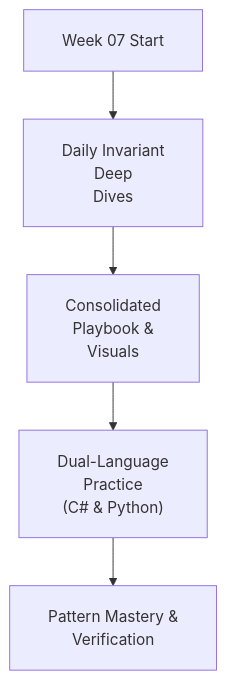
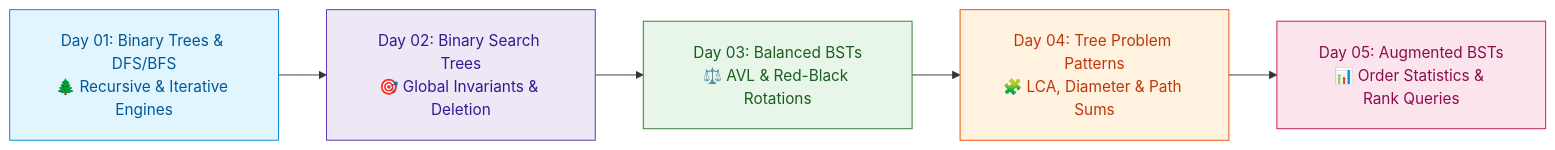
Before and after one commit to dip4k/DSA_102: the diagram in week_07_trees_and_balanced_search_trees/README.md, drawn with Mermaid. The commit also changed other lines of this file and 147 other files, not shown here.

First line of the commit message:
feat(curriculum): enrich Weeks 01-19 instructional modules & resolve repository-wide Mermaid cutoff

````diff
--- a/week_07_trees_and_balanced_search_trees/README.md
+++ b/week_07_trees_and_balanced_search_trees/README.md
@@ -16,8 +13,14 @@
 ```mermaid
 %%{init: {"flowchart": {"htmlLabels": true, "padding": 20}, "themeCSS": "foreignObject { overflow: visible !important; }"}}%%
-flowchart TD
-    Start["Week 07 Start"] --> Daily["Daily Invariant<br/>Deep<br/>Dives"]
-    Daily --> Playbook["Consolidated<br/>Playbook &<br/>Visuals"]
-    Playbook --> DualLang["Dual-Language<br/>Practice<br/>(C# & Python)"]
-    DualLang --> Mastery["Pattern Mastery &<br/>Verification"]
+flowchart LR
+    D1["Day 01: Binary Trees & DFS/BFS<br/>🌲 Recursive & Iterative Engines"] --> D2["Day 02: Binary Search Trees<br/>🎯 Global Invariants & Deletion"]
+    D2 --> D3["Day 03: Balanced BSTs<br/>⚖️ AVL & Red-Black Rotations"]
+    D3 --> D4["Day 04: Tree Problem Patterns<br/>🧩 LCA, Diameter & Path Sums"]
+    D4 --> D5["Day 05: Augmented BSTs<br/>📊 Order Statistics & Rank Queries"]
+
+    style D1 fill:#e1f5fe,stroke:#0288d1,color:#01579b
+    style D2 fill:#ede7f6,stroke:#5e35b1,color:#311b92
+    style D3 fill:#e8f5e9,stroke:#2e7d32,color:#1b5e20
+    style D4 fill:#fff3e0,stroke:#e65100,color:#bf360c
+    style D5 fill:#fce4ec,stroke:#c2185b,color:#880e4f
 ```
````
